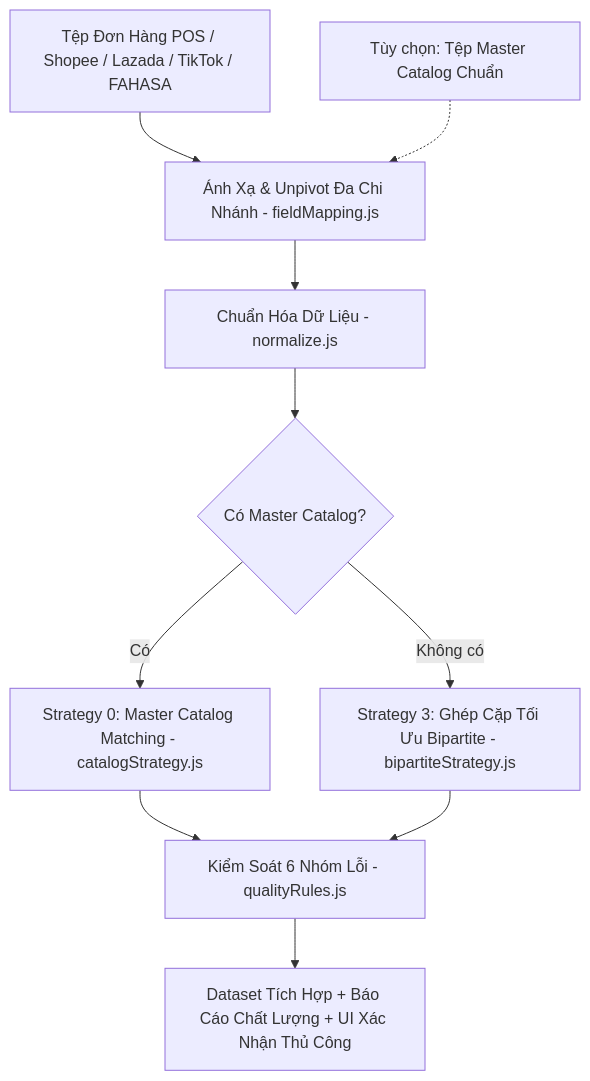
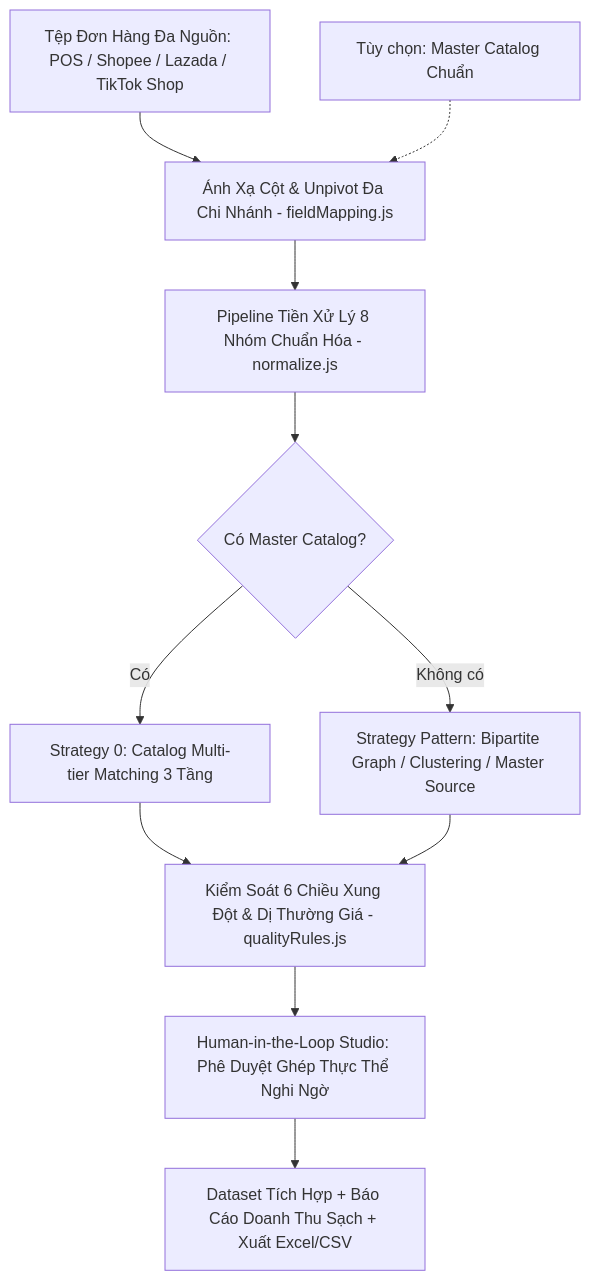
Before and after one commit to PhamAnhQuoc-HTTT/data-integration-app: the diagram in README.md, drawn with Mermaid. The commit also changed other lines of this file and 17 other files, not shown here.

Commit message:
feat: Tái thiết kế toàn diện giao diện Frontend chuẩn Enterprise KLTN UIT, modular hóa components, sửa lỗi xuất file CSV/Excel và cập nhật README

````diff
--- a/README.md
+++ b/README.md
@@ -13,12 +28,13 @@
 ```mermaid
 graph TD
-    A[Tệp Đơn Hàng POS / Shopee / Lazada / TikTok / FAHASA] --> B[Ánh Xạ & Unpivot Đa Chi Nhánh - fieldMapping.js]
-    C[Tùy chọn: Tệp Master Catalog Chuẩn] -.-> B
-    B --> D[Chuẩn Hóa Dữ Liệu - normalize.js]
+    A[Tệp Đơn Hàng Đa Nguồn: POS / Shopee / Lazada / TikTok Shop] --> B[Ánh Xạ Cột & Unpivot Đa Chi Nhánh - fieldMapping.js]
+    C[Tùy chọn: Master Catalog Chuẩn] -.-> B
+    B --> D[Pipeline Tiền Xử Lý 8 Nhóm Chuẩn Hóa - normalize.js]
     D --> E{Có Master Catalog?}
-    E -- Có --> F[Strategy 0: Master Catalog Matching - catalogStrategy.js]
-    E -- Không có --> G[Strategy 3: Ghép Cặp Tối Ưu Bipartite - bipartiteStrategy.js]
-    F --> H[Kiểm Soát 6 Nhóm Lỗi - qualityRules.js]
+    E -- Có --> F[Strategy 0: Catalog Multi-tier Matching 3 Tầng]
+    E -- Không có --> G[Strategy Pattern: Bipartite Graph / Clustering / Master Source]
+    F --> H[Kiểm Soát 6 Chiều Xung Đột & Dị Thường Giá - qualityRules.js]
     G --> H
-    H --> I[Dataset Tích Hợp + Báo Cáo Chất Lượng + UI Xác Nhận Thủ Công]
+    H --> I[Human-in-the-Loop Studio: Phê Duyệt Ghép Thực Thể Nghi Ngờ]
+    I --> J[Dataset Tích Hợp + Báo Cáo Doanh Thu Sạch + Xuất Excel/CSV]
 ```
````
